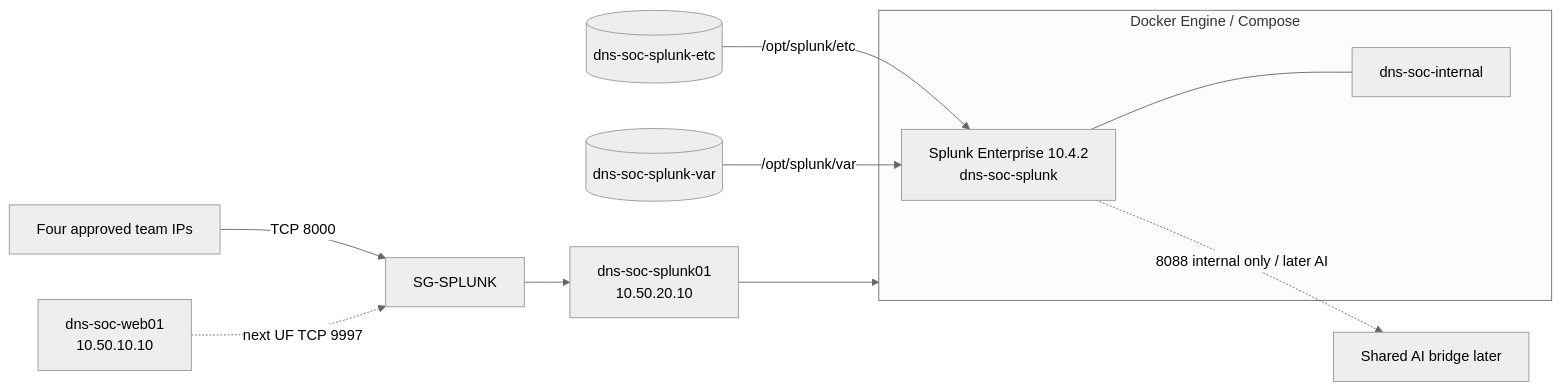
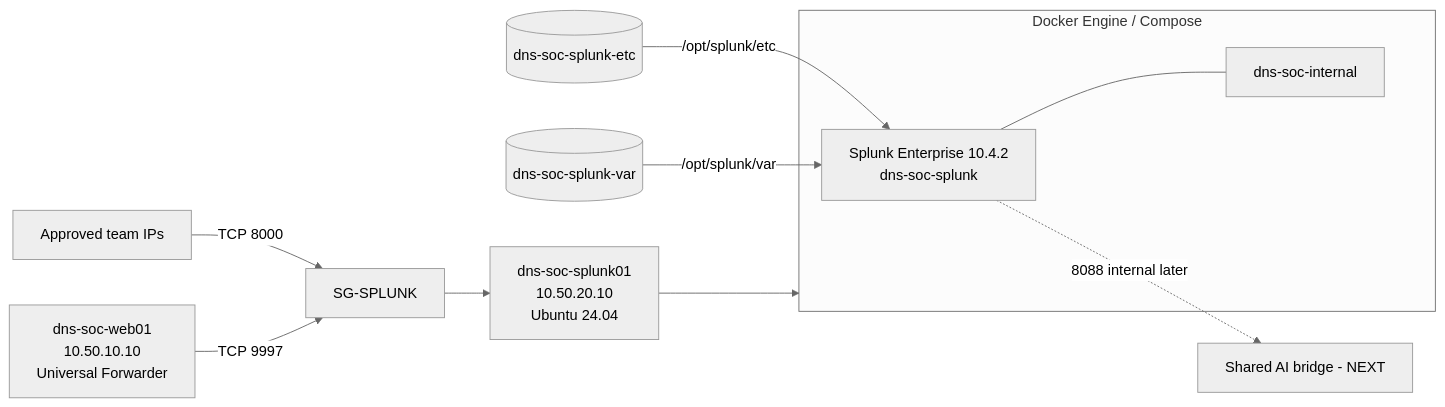
One commit to DNS-SOC-Lab/DNS-Lab-Infrastructure changed the diagram in 03-splunk-build/README.md. Above: the diagram before and after it, drawn with Mermaid (neutral theme). The commit also changed other lines of this file and 1 other file, not shown here.

Commit message:
docs(splunk): close Gates B and C

````diff
--- a/03-splunk-build/README.md
+++ b/03-splunk-build/README.md
@@ -31,18 +51,18 @@
 ```mermaid
 flowchart LR
-    Team[Four approved team IPs] -->|TCP 8000| SG[SG-SPLUNK]
-    Web[dns-soc-web01\n10.50.10.10] -. next UF TCP 9997 .-> SG
-    SG --> Host[dns-soc-splunk01\n10.50.20.10]
+    Team[Approved team IPs] -->|TCP 8000| SG[SG-SPLUNK]
+    Web[dns-soc-web01<br/>10.50.10.10<br/>Universal Forwarder] -->|TCP 9997| SG
+    SG --> Host[dns-soc-splunk01<br/>10.50.20.10<br/>Ubuntu 24.04]
 
     subgraph Docker[Docker Engine / Compose]
-        Splunk[Splunk Enterprise 10.4.2\ndns-soc-splunk]
+        Splunk[Splunk Enterprise 10.4.2<br/>dns-soc-splunk]
         Net[dns-soc-internal]
         Splunk --- Net
     end
 
     Host --> Docker
     Etc[(dns-soc-splunk-etc)] -->|/opt/splunk/etc| Splunk
     Var[(dns-soc-splunk-var)] -->|/opt/splunk/var| Splunk
 
-    Splunk -. 8088 internal only / later AI .-> AI[Shared AI bridge later]
+    Splunk -. 8088 internal later .-> AI[Shared AI bridge - NEXT]
 ```
````
